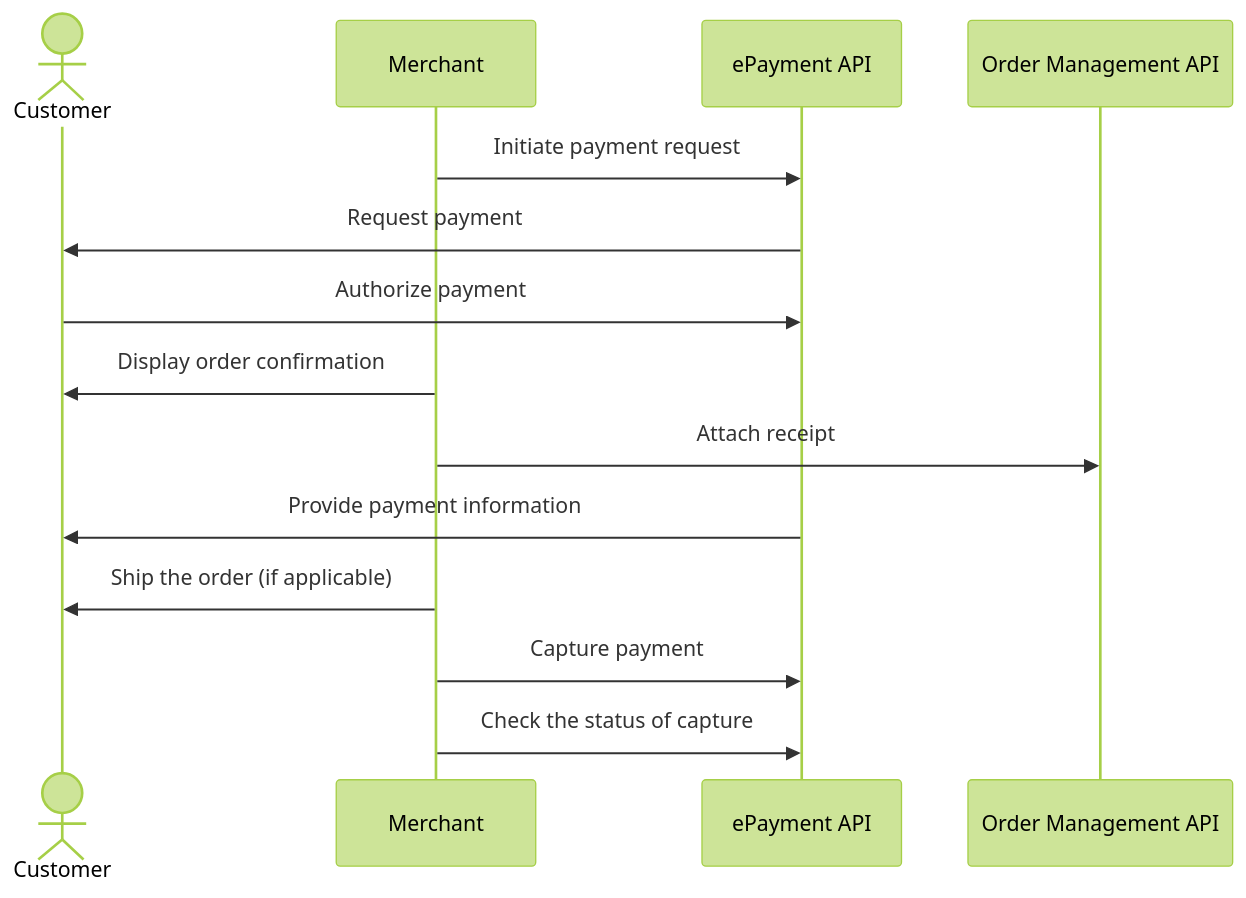
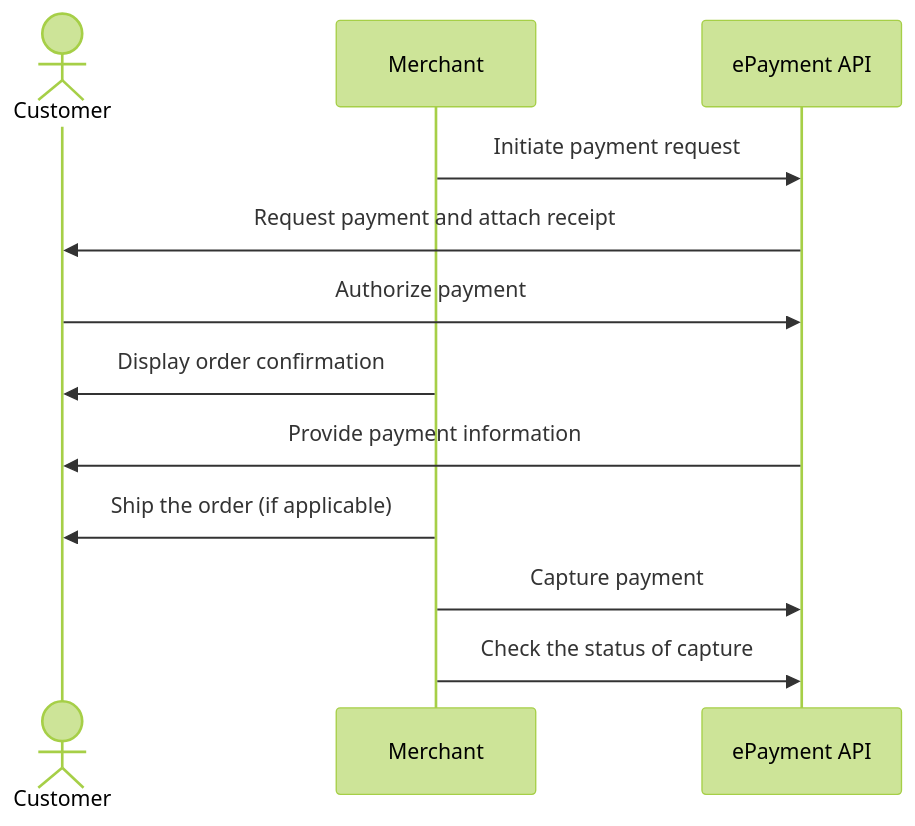
Before and after one commit to vippsas/vipps-solutions: the diagram in online/README.md, drawn with Mermaid (forest theme). The commit also changed other lines of this file and 19 other files, not shown here.

Commit message:
Provide unique examples. Add receipt in payment request when possible.

````diff
--- a/online/README.md
+++ b/online/README.md
@@ -110,17 +128,15 @@
 ``` mermaid
 sequenceDiagram
     actor C as Customer
     participant M as Merchant
     participant ePayment as ePayment API
-    participant ordermanagement as Order Management API
 
     M->>ePayment: Initiate payment request
-    ePayment->>C: Request payment
+    ePayment->>C: Request payment and attach receipt
     C->>ePayment: Authorize payment
     M->>C: Display order confirmation
-    M->> ordermanagement: Attach receipt
     ePayment->>C: Provide payment information
     M->>C: Ship the order (if applicable)
     M->>ePayment: Capture payment 
     M->>ePayment: Check the status of capture
 ```
````
